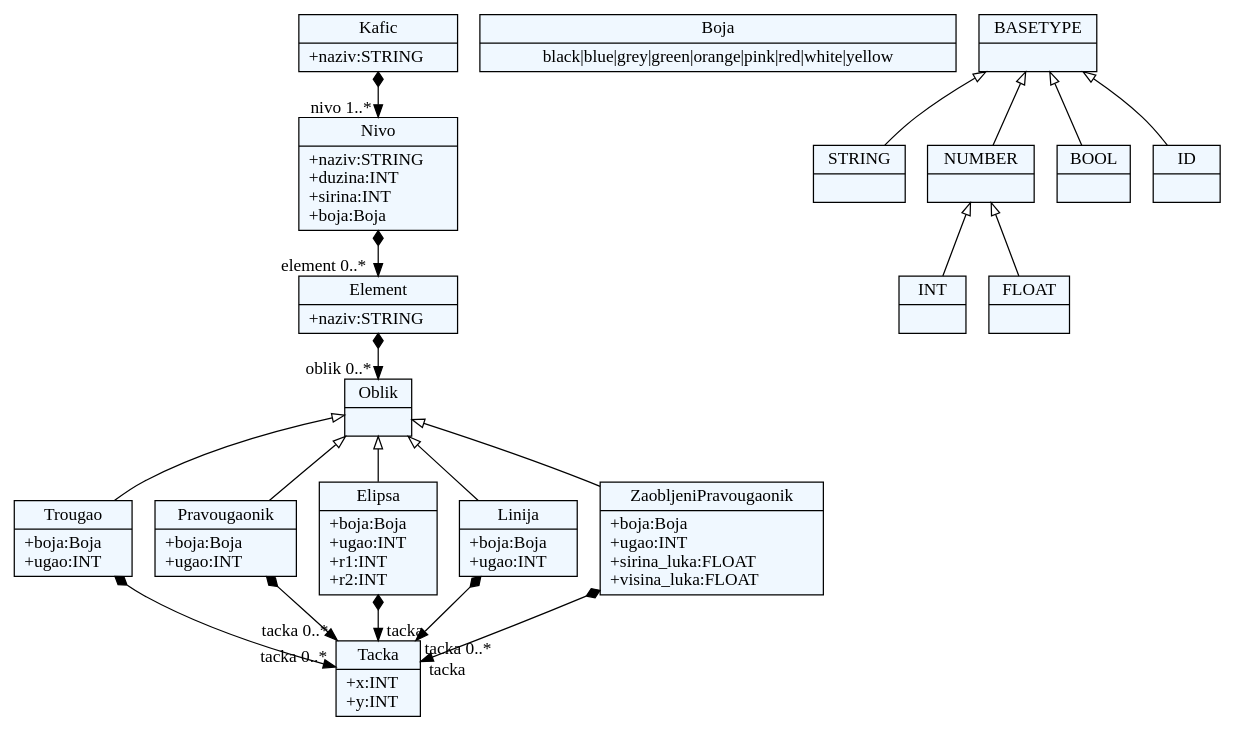
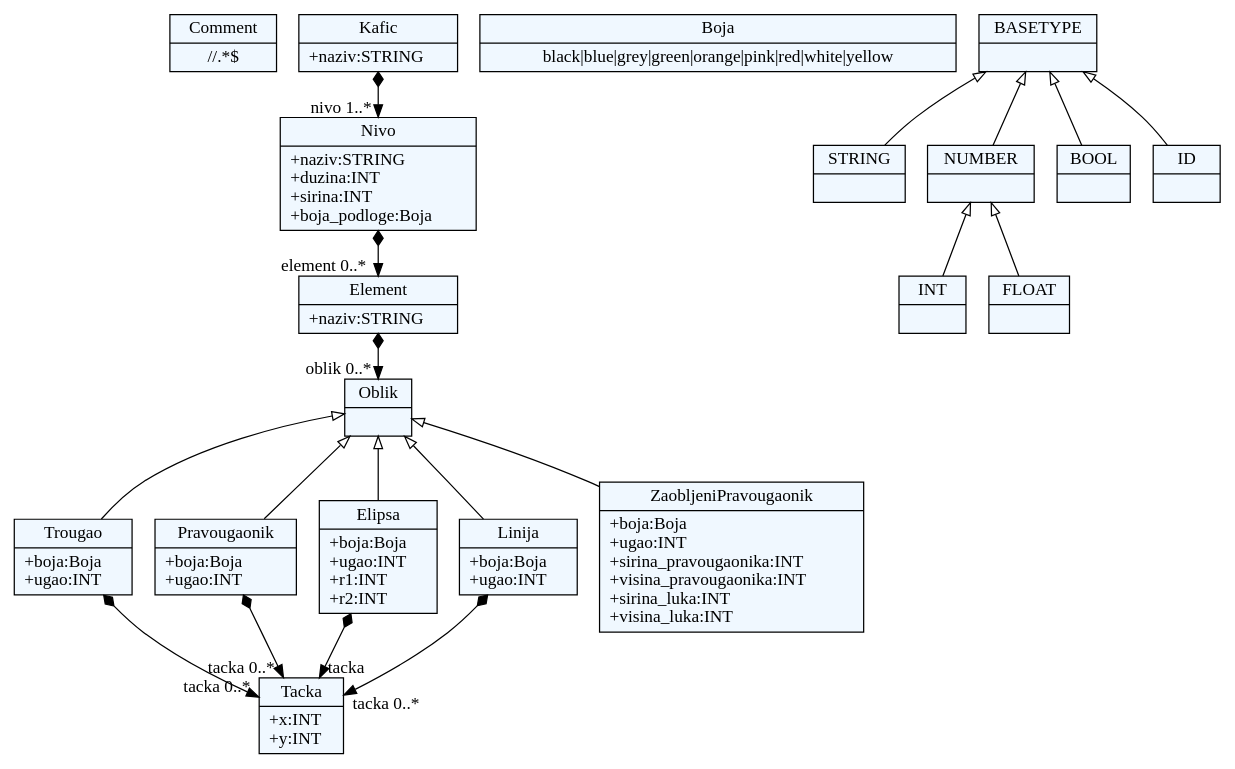
The diagram in JSDProject/language/meta.dot (0xMilica/JSDGenerator), drawn with Graphviz before and after one commit. The commit also changed 5 other files, not shown here.

```diff
--- a/JSDProject/language/meta.dot
+++ b/JSDProject/language/meta.dot
@@ -1,69 +1,70 @@
 
     digraph xtext {
     fontname = "Bitstream Vera Sans"
     fontsize = 8
     node[
         shape=record,
         style=filled,
         fillcolor=aliceblue
     ]
     edge[dir=black,arrowtail=empty]
 
 
-46663256[ label="{Tacka|+x:INT\l+y:INT\l}"]
+46604328[ label="{Comment|\/\/.*$}"]
 
-46668920[ label="{Boja|black\|blue\|grey\|green\|orange\|pink\|red\|white\|yellow}"]
+46597720[ label="{Tacka|+x:INT\l+y:INT\l}"]
 
-46665144 -> 46663256[arrowtail=diamond, dir=both, headlabel="tacka 0..*"]
-46665144[ label="{Trougao|+boja:Boja\l+ugao:INT\l}"]
+46603384[ label="{Boja|black\|blue\|grey\|green\|orange\|pink\|red\|white\|yellow}"]
 
-46666088 -> 46663256[arrowtail=diamond, dir=both, headlabel="tacka 0..*"]
-46666088[ label="{Pravougaonik|+boja:Boja\l+ugao:INT\l}"]
+46599608 -> 46597720[arrowtail=diamond, dir=both, headlabel="tacka 0..*"]
+46599608[ label="{Trougao|+boja:Boja\l+ugao:INT\l}"]
 
-46667976 -> 46663256[arrowtail=diamond, dir=both, headlabel="tacka "]
-46667976[ label="{Elipsa|+boja:Boja\l+ugao:INT\l+r1:INT\l+r2:INT\l}"]
+46600552 -> 46597720[arrowtail=diamond, dir=both, headlabel="tacka 0..*"]
+46600552[ label="{Pravougaonik|+boja:Boja\l+ugao:INT\l}"]
 
-46661368 -> 46662312[arrowtail=diamond, dir=both, headlabel="oblik 0..*"]
-46661368[ label="{Element|+naziv:STRING\l}"]
+46602440 -> 46597720[arrowtail=diamond, dir=both, headlabel="tacka "]
+46602440[ label="{Elipsa|+boja:Boja\l+ugao:INT\l+r1:INT\l+r2:INT\l}"]
 
-46662312[ label="{Oblik|}"]
-46662312 -> 46664200 [dir=back]
-46662312 -> 46665144 [dir=back]
-46662312 -> 46666088 [dir=back]
-46662312 -> 46667032 [dir=back]
-46662312 -> 46667976 [dir=back]
+46595832 -> 46596776[arrowtail=diamond, dir=both, headlabel="oblik 0..*"]
+46595832[ label="{Element|+naziv:STRING\l}"]
 
-46667032 -> 46663256[arrowtail=diamond, dir=both, headlabel="tacka "]
-46667032[ label="{ZaobljeniPravougaonik|+boja:Boja\l+ugao:INT\l+sirina_luka:FLOAT\l+visina_luka:FLOAT\l}"]
+46596776[ label="{Oblik|}"]
+46596776 -> 46598664 [dir=back]
+46596776 -> 46599608 [dir=back]
+46596776 -> 46600552 [dir=back]
+46596776 -> 46601496 [dir=back]
+46596776 -> 46602440 [dir=back]
 
-46664200 -> 46663256[arrowtail=diamond, dir=both, headlabel="tacka 0..*"]
-46664200[ label="{Linija|+boja:Boja\l+ugao:INT\l}"]
+46601496[ label="{ZaobljeniPravougaonik|+boja:Boja\l+ugao:INT\l+sirina_pravougaonika:INT\l+visina_pravougaonika:INT\l+sirina_luka:INT\l+visina_luka:INT\l}"]
 
-46660424 -> 46661368[arrowtail=diamond, dir=both, headlabel="element 0..*"]
-46660424[ label="{Nivo|+naziv:STRING\l+duzina:INT\l+sirina:INT\l+boja:Boja\l}"]
+46598664 -> 46597720[arrowtail=diamond, dir=both, headlabel="tacka 0..*"]
+46598664[ label="{Linija|+boja:Boja\l+ugao:INT\l}"]
 
-46659480 -> 46660424[arrowtail=diamond, dir=both, headlabel="nivo 1..*"]
-46659480[ label="{Kafic|+naziv:STRING\l}"]
+46594888 -> 46595832[arrowtail=diamond, dir=both, headlabel="element 0..*"]
+46594888[ label="{Nivo|+naziv:STRING\l+duzina:INT\l+sirina:INT\l+boja_podloge:Boja\l}"]
 
-46653816[ label="{STRING|}"]
+46593944 -> 46594888[arrowtail=diamond, dir=both, headlabel="nivo 1..*"]
+46593944[ label="{Kafic|+naziv:STRING\l}"]
 
-46658536[ label="{BASETYPE|}"]
-46658536 -> 46657592 [dir=back]
-46658536 -> 46654760 [dir=back]
-46658536 -> 46652872 [dir=back]
-46658536 -> 46653816 [dir=back]
+46588280[ label="{STRING|}"]
 
-46655704[ label="{INT|}"]
+46593000[ label="{BASETYPE|}"]
+46593000 -> 46592056 [dir=back]
+46593000 -> 46589224 [dir=back]
+46593000 -> 46587336 [dir=back]
+46593000 -> 46588280 [dir=back]
 
-46656648[ label="{FLOAT|}"]
+46590168[ label="{INT|}"]
 
-46657592[ label="{NUMBER|}"]
-46657592 -> 46656648 [dir=back]
-46657592 -> 46655704 [dir=back]
+46591112[ label="{FLOAT|}"]
 
-46654760[ label="{BOOL|}"]
+46592056[ label="{NUMBER|}"]
+46592056 -> 46591112 [dir=back]
+46592056 -> 46590168 [dir=back]
 
-46652872[ label="{ID|}"]
+46589224[ label="{BOOL|}"]
+
+46587336[ label="{ID|}"]
 
 
 }
```
